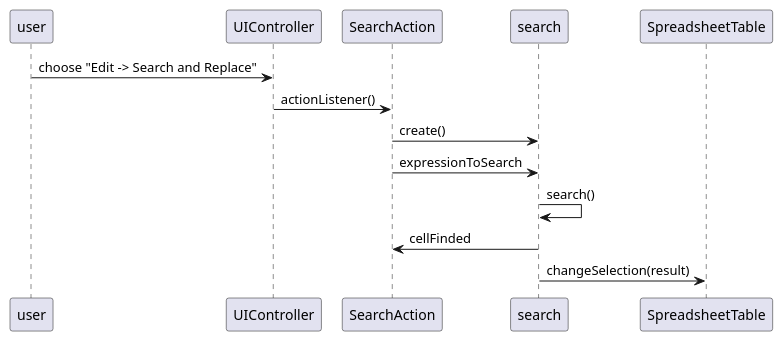
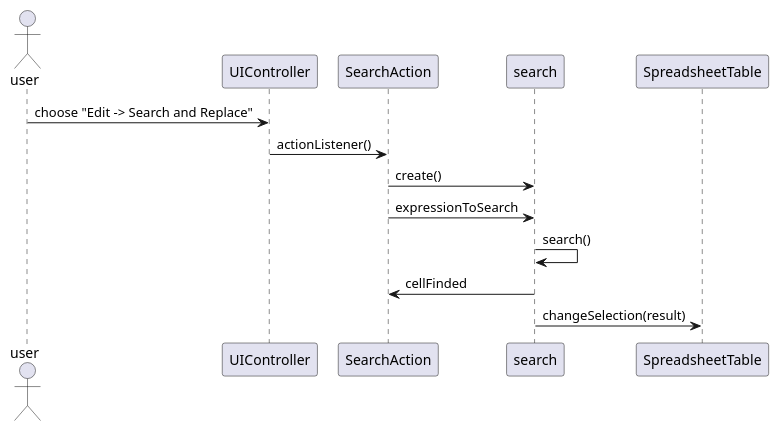
One commit to 1130348/Confusao changed the diagram in src/csheets/userstories/core07_01/search_text/core01_01_analysis_2.puml. Above: the diagram before and after it, drawn with PlantUML. The commit also changed 1 other file, not shown here.

```diff
--- a/src/csheets/userstories/core07_01/search_text/core01_01_analysis_2.puml
+++ b/src/csheets/userstories/core07_01/search_text/core01_01_analysis_2.puml
@@ -1,15 +1,15 @@
 @startuml doc-files/core07_01_search_text_2.png
-participant user
+actor user
  participant "UIController" as UI
  participant "SearchAction" as sa
  participant search
  participant "SpreadsheetTable" as st
 
 user -> UI: choose "Edit -> Search and Replace"
 UI -> sa: actionListener()
 sa-> search: create()
 sa-> search: expressionToSearch
 search-> search: search()
 search-> sa: cellFinded
 search->st:changeSelection(result)
  @enduml
```
